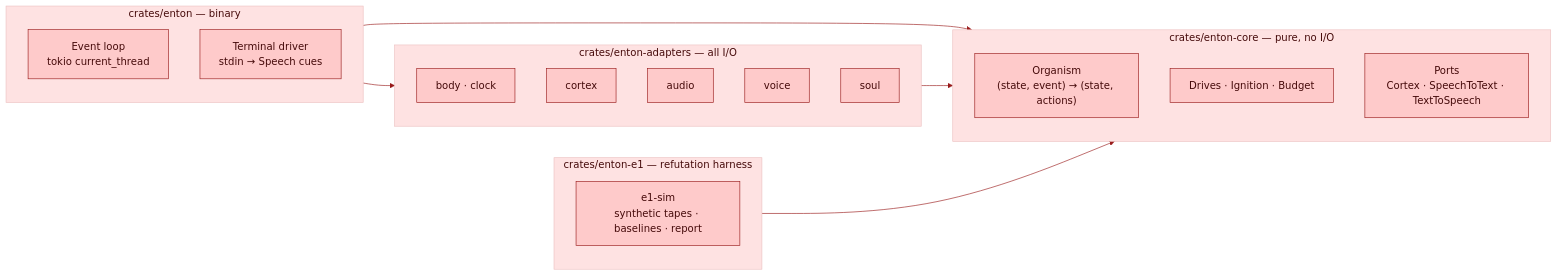
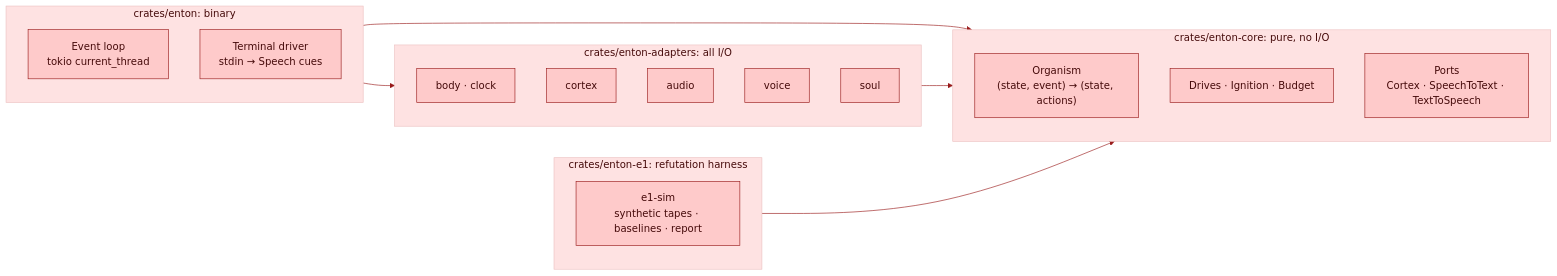
Before and after one commit to gabrielmaialva33/enton: the third of 3 diagrams in README.md, drawn with Mermaid. The commit also changed other lines of this file, not shown here.

````diff
--- a/README.md
+++ b/README.md
@@ -248,31 +250,31 @@
 ```mermaid
 %%{init: {'theme': 'base', 'themeVariables': {'primaryColor': '#fecaca', 'primaryTextColor': '#450a0a', 'primaryBorderColor': '#991b1b', 'secondaryColor': '#bbf7d0', 'secondaryTextColor': '#052e16', 'secondaryBorderColor': '#166534', 'tertiaryColor': '#fee2e2', 'tertiaryTextColor': '#450a0a', 'lineColor': '#991b1b', 'textColor': '#1c1917'}}}%%
 graph LR
-    subgraph BIN["crates/enton — binary"]
+    subgraph BIN["crates/enton: binary"]
         LOOP["Event loop<br/>tokio current_thread"]
         DRIVER["Terminal driver<br/>stdin → Speech cues"]
     end
 
-    subgraph CORE["crates/enton-core — pure, no I/O"]
+    subgraph CORE["crates/enton-core: pure, no I/O"]
         ORG["Organism<br/>(state, event) → (state, actions)"]
         MECH["Drives · Ignition · Budget"]
         PORTS["Ports<br/>Cortex · SpeechToText · TextToSpeech"]
     end
 
-    subgraph ADP["crates/enton-adapters — all I/O"]
+    subgraph ADP["crates/enton-adapters: all I/O"]
         BODY["body · clock"]
         CORTEX["cortex"]
         AUDIO["audio"]
         VOICE["voice"]
         SOUL["soul"]
     end
 
-    subgraph E1["crates/enton-e1 — refutation harness"]
+    subgraph E1["crates/enton-e1: refutation harness"]
         SIM["e1-sim<br/>synthetic tapes · baselines · report"]
     end
 
     BIN --> CORE
     BIN --> ADP
     ADP --> CORE
     E1 --> CORE
 ```
````
